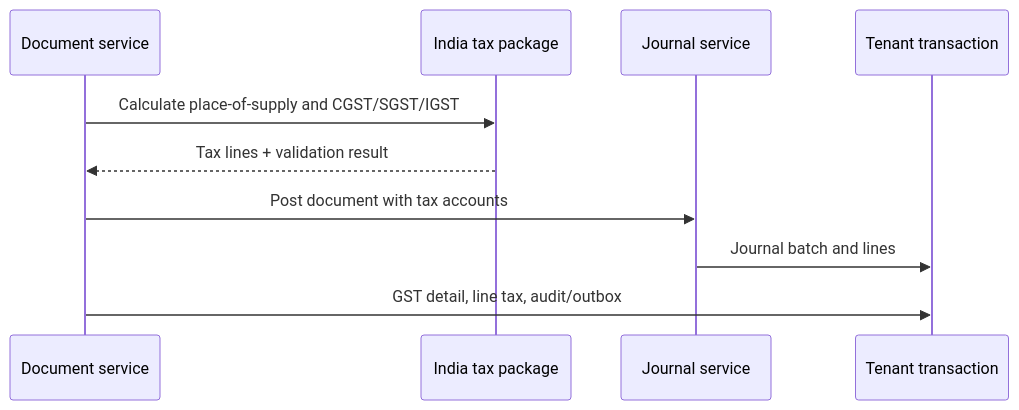
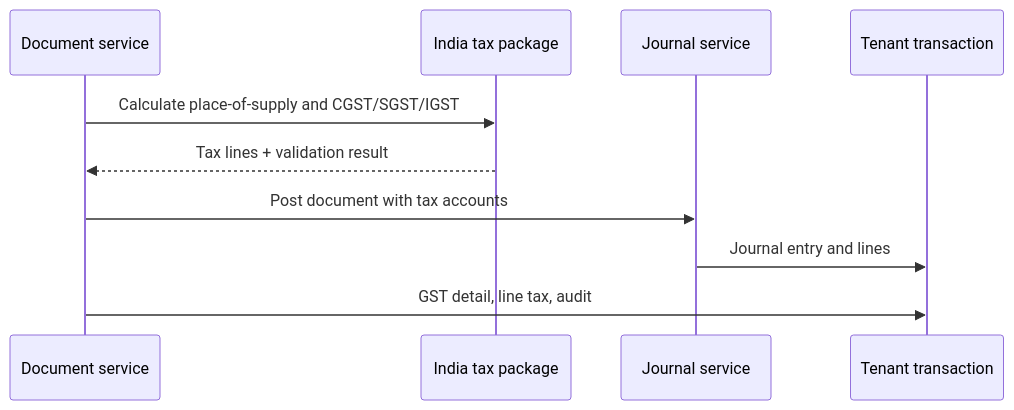
Before and after one commit to isherbuilds/edernal-books: the second of 2 diagrams in docs/superpowers/plans/2026-06-16-phase-03-india-gst-core-detailed-plan.md, drawn with Mermaid. The commit also changed other lines of this file and 110 other files, not shown here.

````diff
--- a/docs/superpowers/plans/2026-06-16-phase-03-india-gst-core-detailed-plan.md
+++ b/docs/superpowers/plans/2026-06-16-phase-03-india-gst-core-detailed-plan.md
@@ -29,13 +29,13 @@
 ```mermaid
 sequenceDiagram
   participant Doc as Document service
   participant Tax as India tax package
   participant Ledger as Journal service
   participant DB as Tenant transaction
 
   Doc->>Tax: Calculate place-of-supply and CGST/SGST/IGST
   Tax-->>Doc: Tax lines + validation result
   Doc->>Ledger: Post document with tax accounts
-  Ledger->>DB: Journal batch and lines
-  Doc->>DB: GST detail, line tax, audit/outbox
+  Ledger->>DB: Journal entry and lines
+  Doc->>DB: GST detail, line tax, audit
 ```
````
